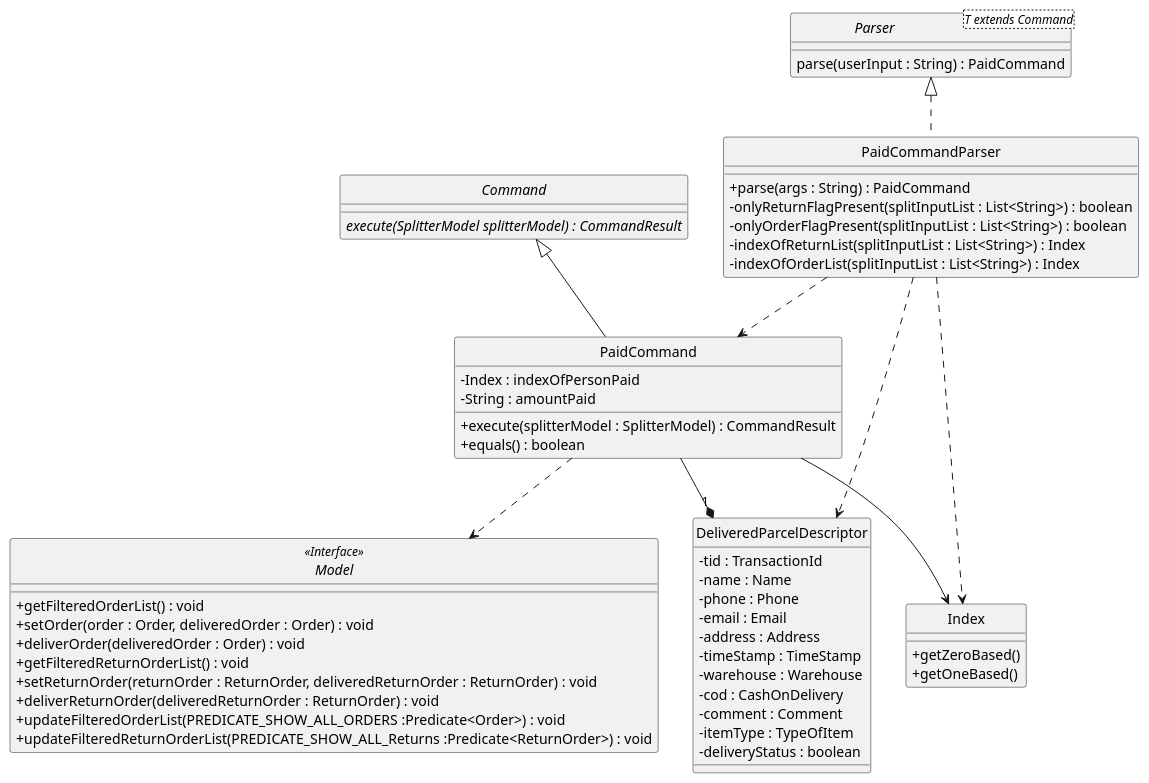
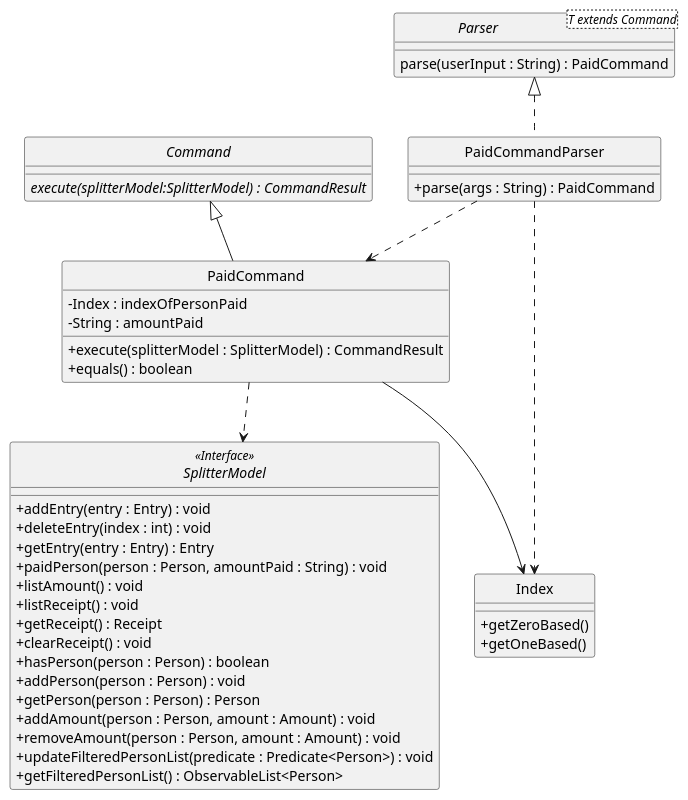
Before and after one commit to nus-cs2103-AY1920S2/addressbook-level3: the diagram in docs/diagrams/ExpenseSplitterPaidCommandClassDiagram.puml, drawn with PlantUML. The commit also changed 2 other files, not shown here.

Commit message:
updated class diagram from paid command

```diff
--- a/docs/diagrams/ExpenseSplitterPaidCommandClassDiagram.puml
+++ b/docs/diagrams/ExpenseSplitterPaidCommandClassDiagram.puml
@@ -1,75 +1,64 @@
 @startuml
 /' @author @WillySeahh'/
 /' Got inspiration and adapted
 from https://github.com/AY1920S2-CS2103T-W12-1/main/blob/master/docs/images/DeliveredClassDiagram.png '/
 
 skinparam backgroundColor #ffffff
 skinparam classAttributeIconSize 0
 hide circle
 
 class PaidCommandParser implements Parser {
     /' Methods '/
     + parse(args : String) : PaidCommand
-    - onlyReturnFlagPresent(splitInputList : List<String>) : boolean
-    - onlyOrderFlagPresent(splitInputList : List<String>) : boolean
-    - indexOfReturnList(splitInputList : List<String>) : Index
-    - indexOfOrderList(splitInputList : List<String>) : Index
 }
 
 interface Parser<T extends Command> {
     parse(userInput : String) : PaidCommand
 }
 
 abstract class Command {
-    {abstract} execute(SplitterModel splitterModel) : CommandResult
+    {abstract} execute(splitterModel:SplitterModel) : CommandResult
 }
 
 class PaidCommand extends Command {
     /' Fields '/
     - Index : indexOfPersonPaid
     - String : amountPaid
 
     /' Methods '/
     + execute(splitterModel : SplitterModel) : CommandResult
     + equals() : boolean
 }
 
-interface Model <<Interface>> {
-    + getFilteredOrderList() : void
-    + setOrder(order : Order, deliveredOrder : Order) : void
-    + deliverOrder(deliveredOrder : Order) : void
-    + getFilteredReturnOrderList() : void
-    + setReturnOrder(returnOrder : ReturnOrder, deliveredReturnOrder : ReturnOrder) : void
-    + deliverReturnOrder(deliveredReturnOrder : ReturnOrder) : void
-    + updateFilteredOrderList(PREDICATE_SHOW_ALL_ORDERS :Predicate<Order>) : void
-    + updateFilteredReturnOrderList(PREDICATE_SHOW_ALL_Returns :Predicate<ReturnOrder>) : void
+interface SplitterModel <<Interface>> {
+    + addEntry(entry : Entry) : void
+    + deleteEntry(index : int) : void
+    + getEntry(entry : Entry) : Entry
+    + paidPerson(person : Person, amountPaid : String) : void
+    + listAmount() : void
+    + listReceipt() : void
+    + getReceipt() : Receipt
+    + clearReceipt() : void
+    + hasPerson(person : Person) : boolean
+    + addPerson(person : Person) : void
+    + getPerson(person : Person) : Person
+    + addAmount(person : Person, amount : Amount) : void
+    + removeAmount(person : Person, amount : Amount) : void
+    + updateFilteredPersonList(predicate : Predicate<Person>) : void
+    + getFilteredPersonList() : ObservableList<Person>
+
 
 }
 
 class Index {
     + getZeroBased()
     + getOneBased()
 }
 
-class DeliveredParcelDescriptor {
-    /' Fields '/
-    - tid : TransactionId
-    - name : Name
-    - phone : Phone
-    - email : Email
-    - address : Address
-    - timeStamp : TimeStamp
-    - warehouse : Warehouse
-    - cod : CashOnDelivery
-    - comment : Comment
-    - itemType : TypeOfItem
-    - deliveryStatus : boolean
-}
 
-PaidCommand --* "1" DeliveredParcelDescriptor
 PaidCommandParser ..> PaidCommand
-PaidCommandParser ..> DeliveredParcelDescriptor
-PaidCommand ..> Model
+PaidCommand ..> SplitterModel
 PaidCommandParser ..> Index
 PaidCommand --> Index
+
 @enduml
```
